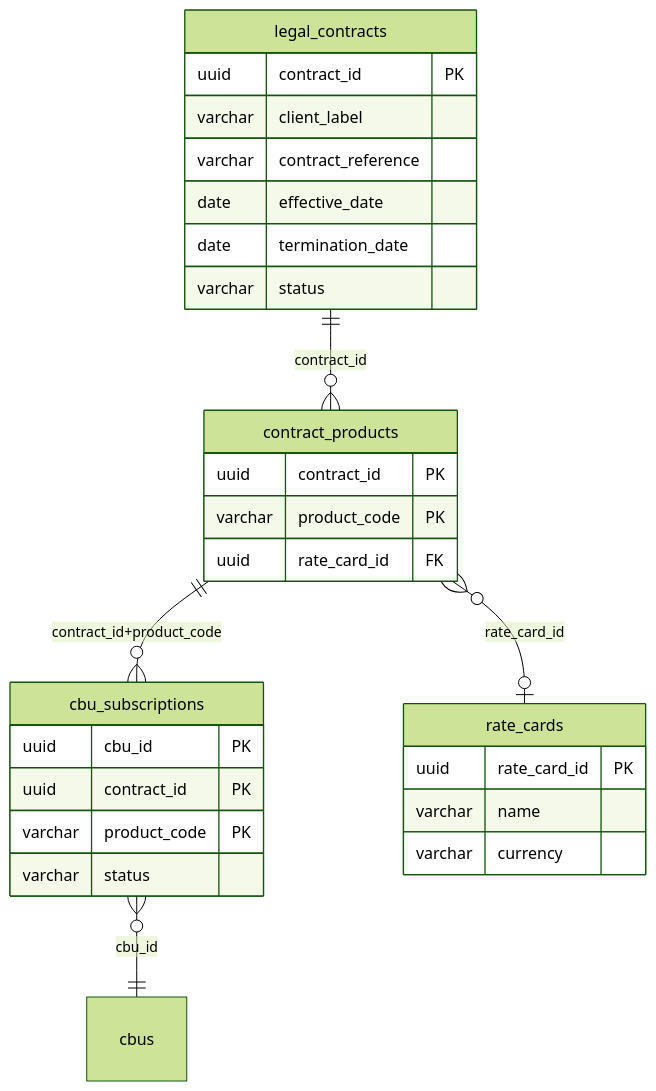
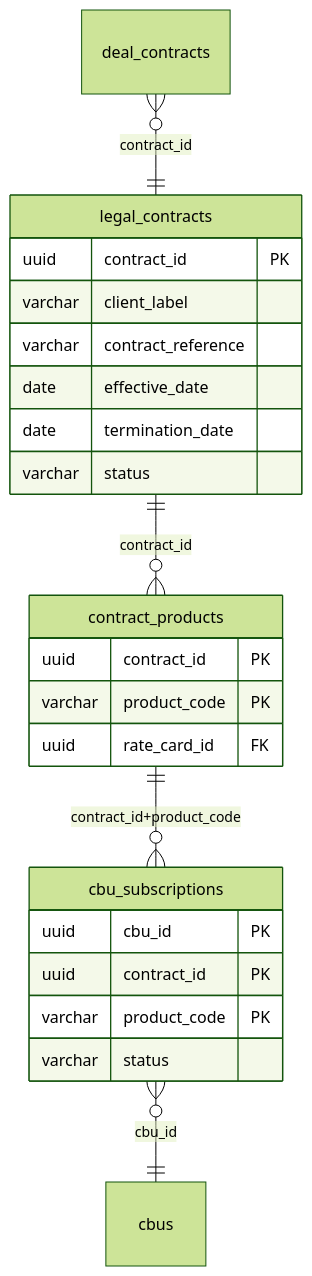
One commit to adamtc007/ob-poc changed the fifth of 10 diagrams in migrations/OB_POC_SCHEMA_ENTITY_OVERVIEW.md. Above: the diagram before and after it, drawn with Mermaid (forest theme). The commit also changed other lines of this file and 36 other files, not shown here.

First line of the commit message:
feat(verbs): reconcile DSL verb set with schema — 5 gap fixes

````diff
--- a/migrations/OB_POC_SCHEMA_ENTITY_OVERVIEW.md
+++ b/migrations/OB_POC_SCHEMA_ENTITY_OVERVIEW.md
@@ -588,35 +416,29 @@
 ```mermaid
 erDiagram
     legal_contracts ||--o{ contract_products : "contract_id"
     contract_products ||--o{ cbu_subscriptions : "contract_id+product_code"
     cbu_subscriptions }o--|| cbus : "cbu_id"
-    contract_products }o--o| rate_cards : "rate_card_id"
+    deal_contracts }o--|| legal_contracts : "contract_id"
 
     legal_contracts {
         uuid contract_id PK
         varchar client_label
         varchar contract_reference
         date effective_date
         date termination_date
         varchar status
     }
 
     contract_products {
         uuid contract_id PK
         varchar product_code PK
         uuid rate_card_id FK
     }
 
     cbu_subscriptions {
         uuid cbu_id PK
         uuid contract_id PK
         varchar product_code PK
         varchar status
     }
-
-    rate_cards {
-        uuid rate_card_id PK
-        varchar name
-        varchar currency
-    }
 ```
````
